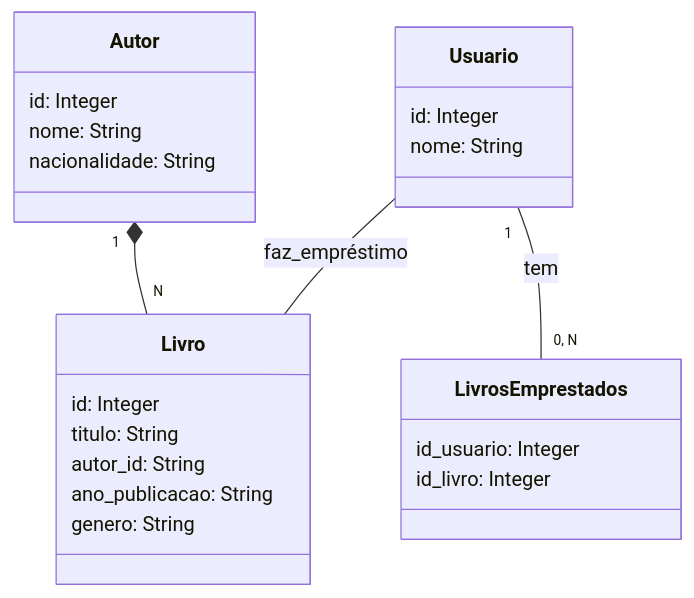
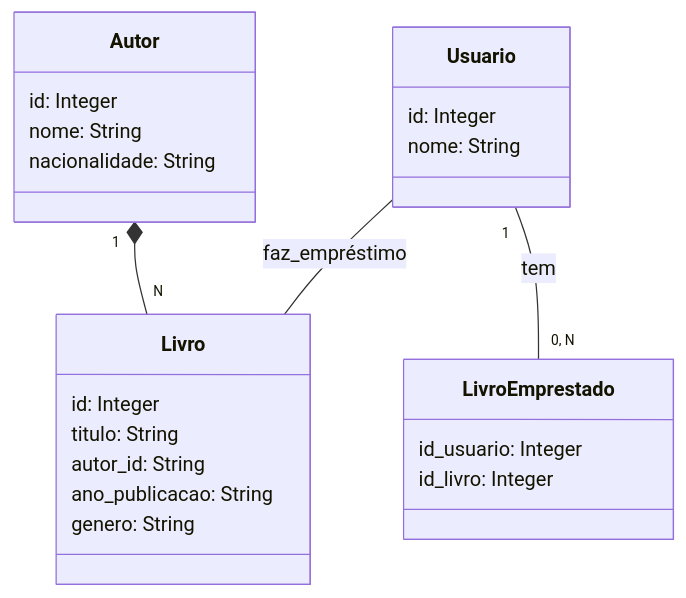
One commit to rafael2051/Controle-de-Fluxo---Desafio changed the diagram in santander-dev-week-2023/README.MD. Above: the diagram before and after it, drawn with Mermaid.

````diff
--- a/santander-dev-week-2023/README.MD
+++ b/santander-dev-week-2023/README.MD
@@ -6,31 +6,31 @@
 ```mermaid
 classDiagram
     class Livro {
         id: Integer
         titulo: String
         autor_id: String
         ano_publicacao: String
         genero: String
     }
 
     class Autor {
         id: Integer
         nome: String
         nacionalidade: String
     }
 
     class Usuario {
         id: Integer
         nome: String
     }
 
-    class LivrosEmprestados {
+    class LivroEmprestado {
         id_usuario: Integer
         id_livro: Integer
     }
 
     Autor "1" *-- "N" Livro
-    Usuario "1" -- "0, N" LivrosEmprestados : tem
+    Usuario "1" -- "0, N" LivroEmprestado : tem
     Usuario -- Livro : faz_empréstimo
 
 ```
````
